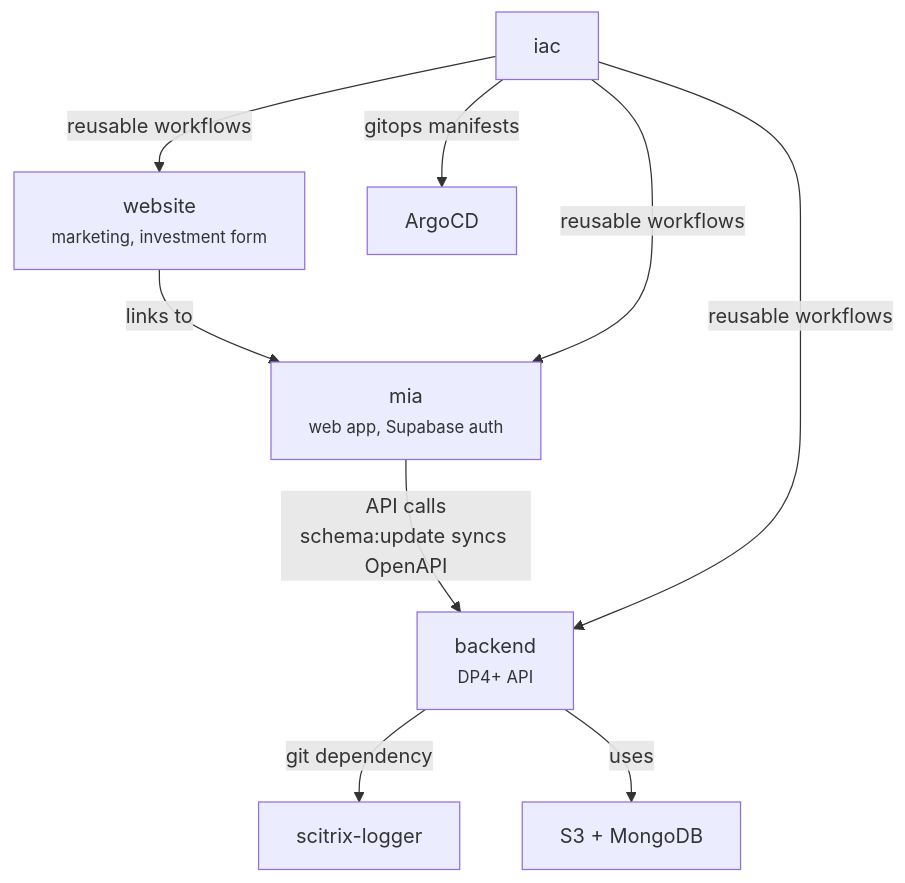
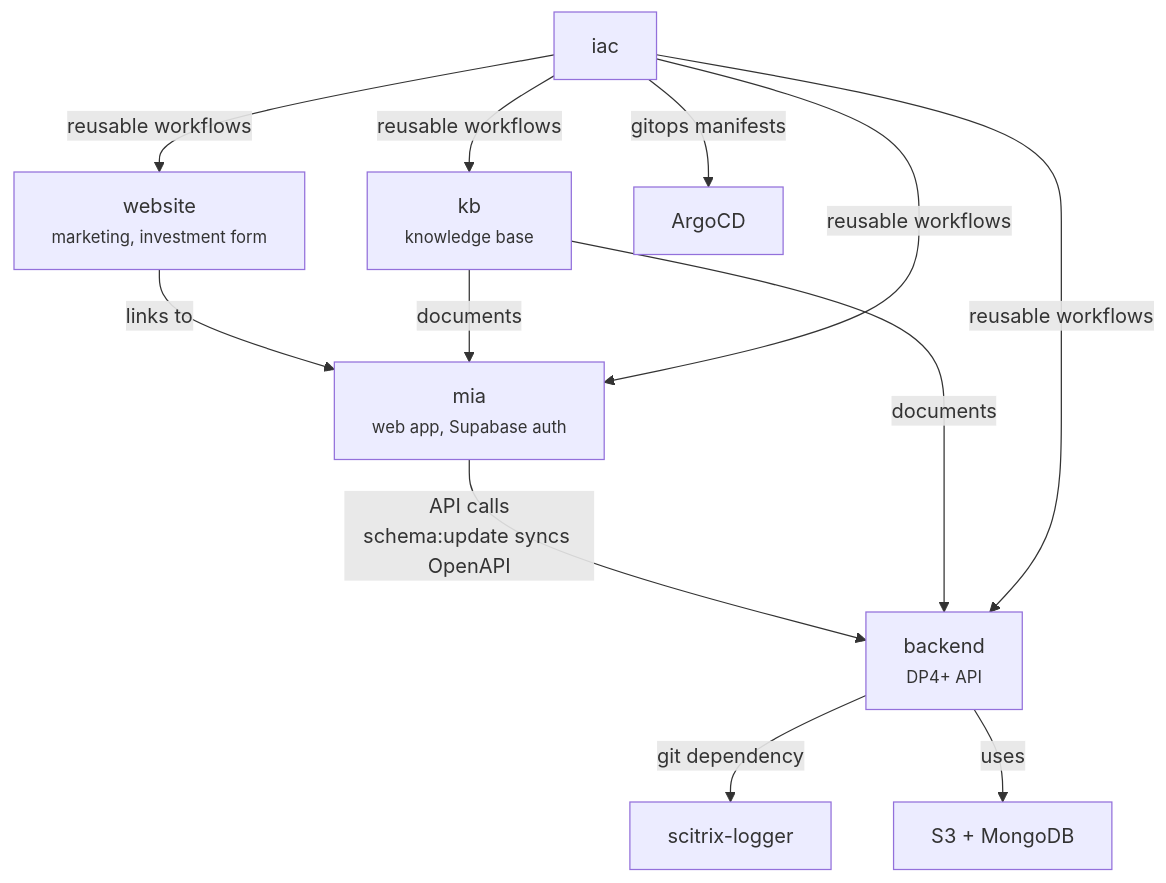
Before and after one commit to scitrix-tech/.github: the first of 5 diagrams in CLAUDE.md, drawn with Mermaid. The commit also changed other lines of this file, not shown here.

````diff
--- a/CLAUDE.md
+++ b/CLAUDE.md
@@ -30,11 +31,14 @@
 ```mermaid
 graph TD
     website["website<br/><small>marketing, investment form</small>"] -->|links to| mia
     mia["mia<br/><small>web app, Supabase auth</small>"] -->|API calls<br/>schema:update syncs OpenAPI| backend
     backend["backend<br/><small>DP4+ API</small>"] -->|git dependency| logger["scitrix-logger"]
     backend -->|uses| storage["S3 + MongoDB"]
+    kb["kb<br/><small>knowledge base</small>"] -->|documents| backend
+    kb -->|documents| mia
     iac -->|reusable workflows| backend
     iac -->|reusable workflows| mia
     iac -->|reusable workflows| website
+    iac -->|reusable workflows| kb
     iac -->|gitops manifests| argocd["ArgoCD"]
 ```
````
